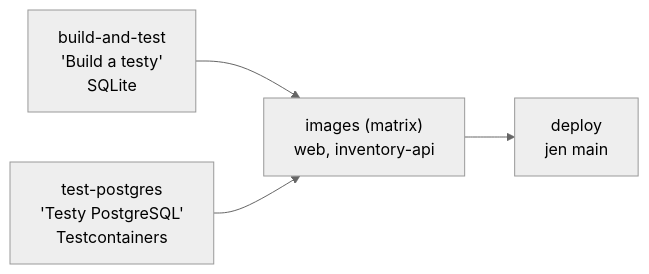
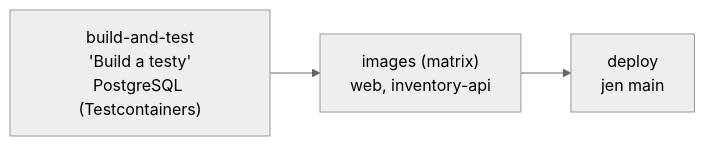
Before and after one commit to ftichy/MiniShop: the diagram in docs/prirucka/github/ci.md, drawn with Mermaid (neutral theme). The commit also changed other lines of this file and 248 other files, not shown here.

````diff
--- a/docs/prirucka/github/ci.md
+++ b/docs/prirucka/github/ci.md
@@ -14,10 +14,7 @@
 ```mermaid
 flowchart LR
-    t["build-and-test<br/>'Build a testy'<br/>SQLite"] --> i["images (matrix)<br/>web, inventory-api"]
-    p["test-postgres<br/>'Testy PostgreSQL'<br/>Testcontainers"] --> i
+    t["build-and-test<br/>'Build a testy'<br/>PostgreSQL (Testcontainers)"] --> i["images (matrix)<br/>web, inventory-api"]
     i --> d["deploy<br/>jen main"]
-
-    click p "/Docs/architektura/databaze"
 
     click d "/Docs/github/cd"
 ```
````
